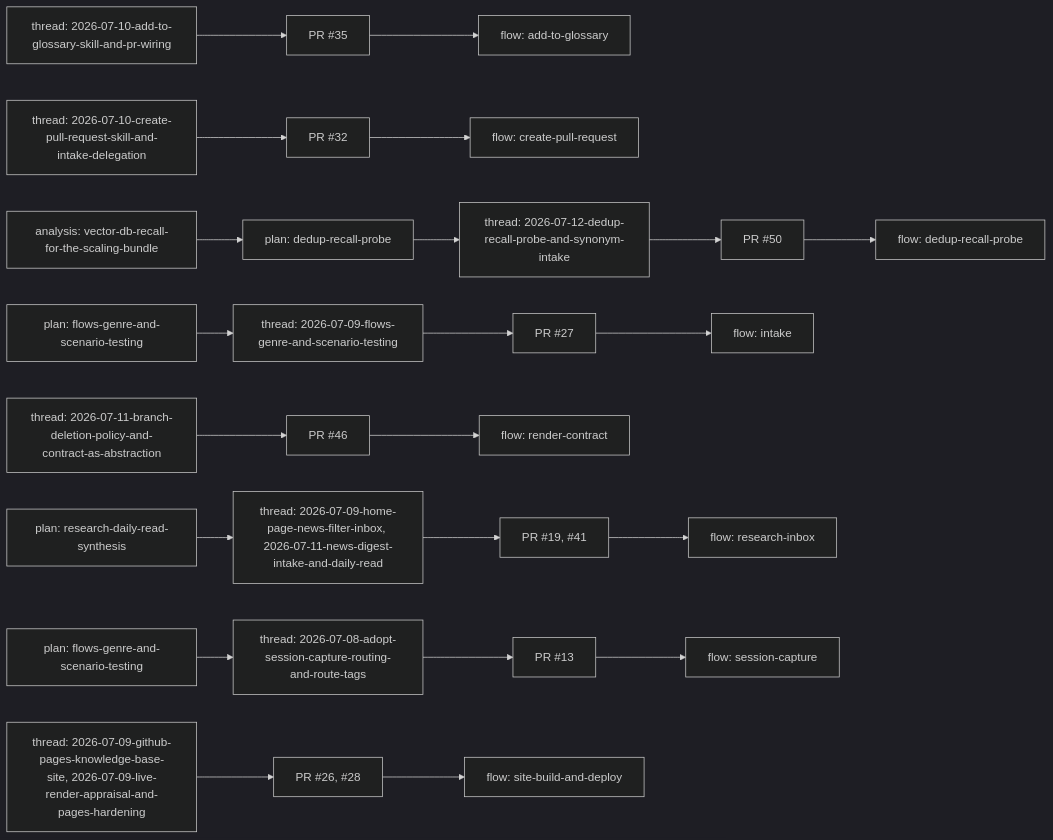
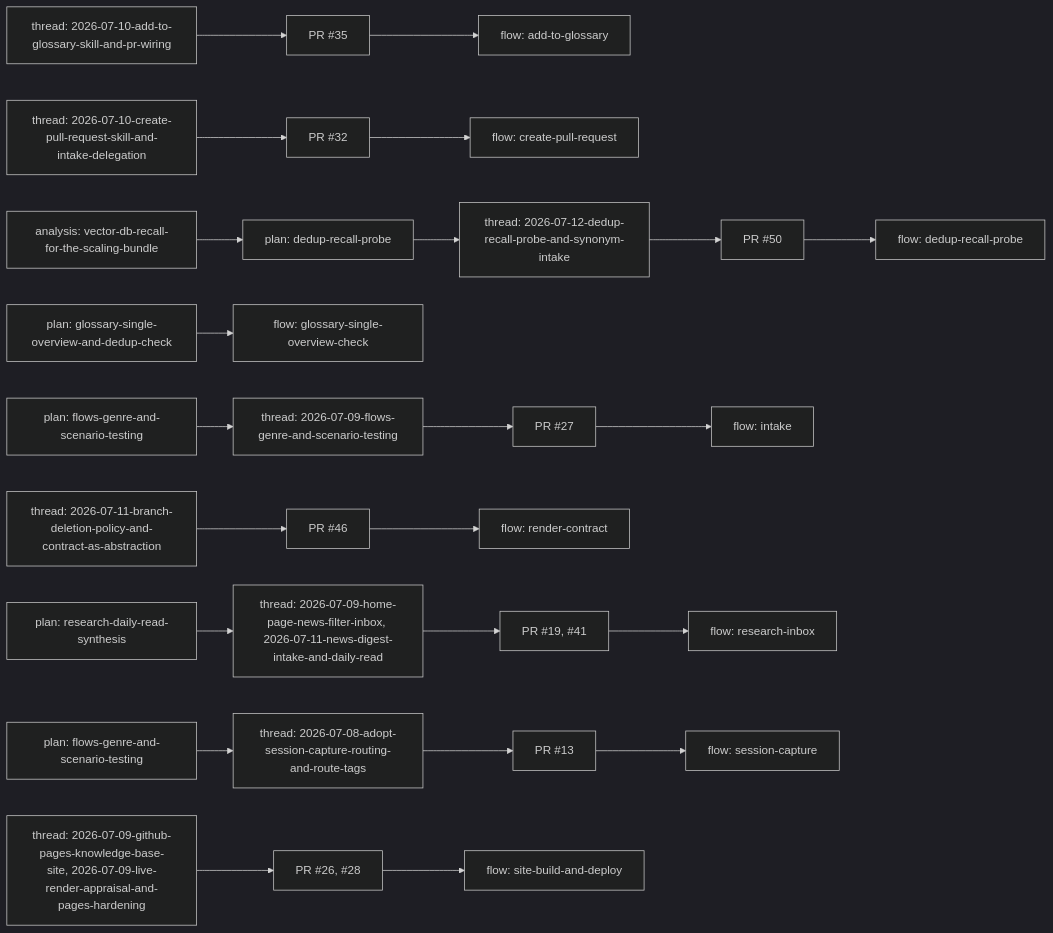
The diagram in meta/flows/lineage.md (ob6to8/second-brain), drawn with Mermaid (dark theme) before and after one commit. The commit also changed other lines of this file and 2 other files, not shown here.

Commit message:
Flow doc: glossary single-overview check (body dedup + materialized index)
New meta/flows/glossary-single-overview-check.md narrating the convention
end to end: the three-drifting-copies problem, the progressive pipeline
(author -> materialize -> three checks -> pre-commit/CI/Pages gates), the
deterministic verbatim half vs the calibrated containment heuristic
(72% fail / 55% warn, 8-content-word floor), the touch-sequences, the
calibration stats (88 flagged sentences across ~80 of 148 files before;
0 fails, 0 warns after; 12 new tests, suite 116 -> 128), and the semantic
limitations (paraphrase evasion, warn-band false positives, per-sentence
granularity, short-sentence floor).

Lineage carries the plan hop now; lineage.thread and lineage.pr are to be
back-filled after /create-pull-request captures this session (explicit
pending-back-fill note in the doc). Flows index updated; lineage views
rematerialized.

Claude-Session: https://claude.ai/code/session_01Wc8VLsUeobGw4bYap8gpJP

````diff
--- a/meta/flows/lineage.md
+++ b/meta/flows/lineage.md
@@ -19,53 +19,56 @@
 ```mermaid
 flowchart LR
   f0t["thread: 2026-07-10-add-to-glossary-skill-and-pr-wiring"]
   f0r["PR #35"]
   f0f["flow: add-to-glossary"]
   f0t --> f0r
   f0r --> f0f
   f1t["thread: 2026-07-10-create-pull-request-skill-and-intake-delegation"]
   f1r["PR #32"]
   f1f["flow: create-pull-request"]
   f1t --> f1r
   f1r --> f1f
   f2a["analysis: vector-db-recall-for-the-scaling-bundle"]
   f2p["plan: dedup-recall-probe"]
   f2t["thread: 2026-07-12-dedup-recall-probe-and-synonym-intake"]
   f2r["PR #50"]
   f2f["flow: dedup-recall-probe"]
   f2a --> f2p
   f2p --> f2t
   f2t --> f2r
   f2r --> f2f
-  f3p["plan: flows-genre-and-scenario-testing"]
-  f3t["thread: 2026-07-09-flows-genre-and-scenario-testing"]
-  f3r["PR #27"]
-  f3f["flow: intake"]
-  f3p --> f3t
-  f3t --> f3r
-  f3r --> f3f
-  f4t["thread: 2026-07-11-branch-deletion-policy-and-contract-as-abstraction"]
-  f4r["PR #46"]
-  f4f["flow: render-contract"]
+  f3p["plan: glossary-single-overview-and-dedup-check"]
+  f3f["flow: glossary-single-overview-check"]
+  f3p --> f3f
+  f4p["plan: flows-genre-and-scenario-testing"]
+  f4t["thread: 2026-07-09-flows-genre-and-scenario-testing"]
+  f4r["PR #27"]
+  f4f["flow: intake"]
+  f4p --> f4t
   f4t --> f4r
   f4r --> f4f
-  f5p["plan: research-daily-read-synthesis"]
-  f5t["thread: 2026-07-09-home-page-news-filter-inbox, 2026-07-11-news-digest-intake-and-daily-read"]
-  f5r["PR #19, #41"]
-  f5f["flow: research-inbox"]
-  f5p --> f5t
+  f5t["thread: 2026-07-11-branch-deletion-policy-and-contract-as-abstraction"]
+  f5r["PR #46"]
+  f5f["flow: render-contract"]
   f5t --> f5r
   f5r --> f5f
-  f6p["plan: flows-genre-and-scenario-testing"]
-  f6t["thread: 2026-07-08-adopt-session-capture-routing-and-route-tags"]
-  f6r["PR #13"]
-  f6f["flow: session-capture"]
+  f6p["plan: research-daily-read-synthesis"]
+  f6t["thread: 2026-07-09-home-page-news-filter-inbox, 2026-07-11-news-digest-intake-and-daily-read"]
+  f6r["PR #19, #41"]
+  f6f["flow: research-inbox"]
   f6p --> f6t
   f6t --> f6r
   f6r --> f6f
-  f7t["thread: 2026-07-09-github-pages-knowledge-base-site, 2026-07-09-live-render-appraisal-and-pages-hardening"]
-  f7r["PR #26, #28"]
-  f7f["flow: site-build-and-deploy"]
+  f7p["plan: flows-genre-and-scenario-testing"]
+  f7t["thread: 2026-07-08-adopt-session-capture-routing-and-route-tags"]
+  f7r["PR #13"]
+  f7f["flow: session-capture"]
+  f7p --> f7t
   f7t --> f7r
   f7r --> f7f
+  f8t["thread: 2026-07-09-github-pages-knowledge-base-site, 2026-07-09-live-render-appraisal-and-pages-hardening"]
+  f8r["PR #26, #28"]
+  f8f["flow: site-build-and-deploy"]
+  f8t --> f8r
+  f8r --> f8f
 ```
````
